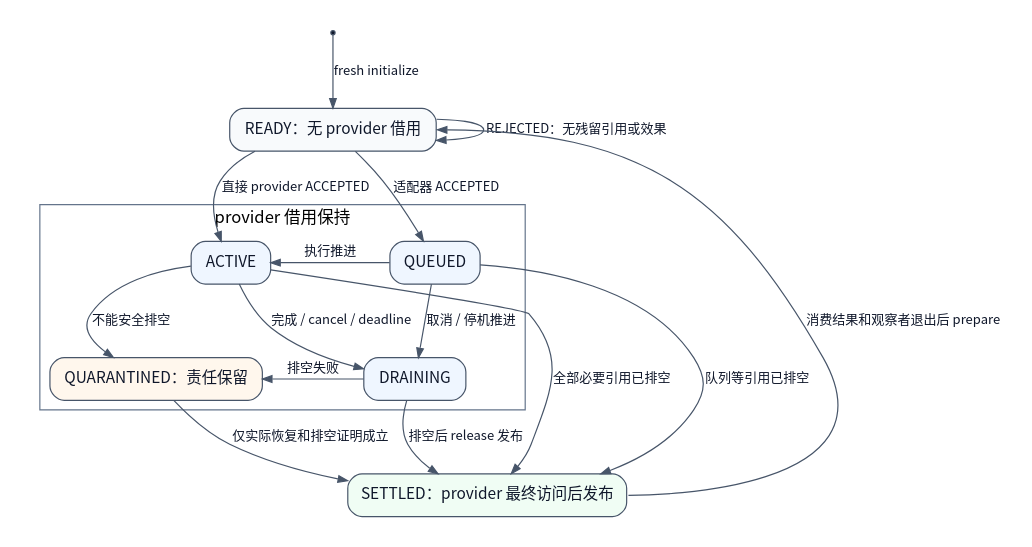
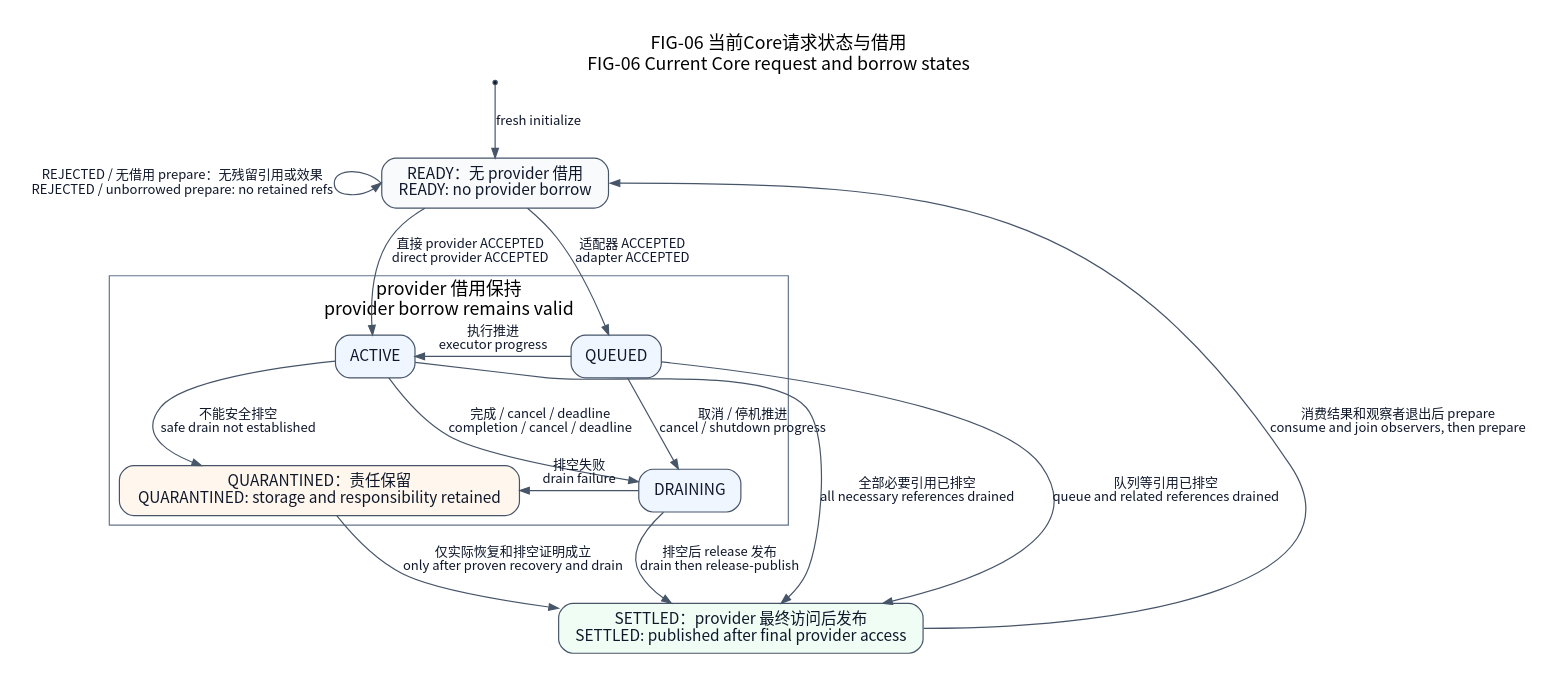
One commit to X-Gen-Lab/nexus changed the diagram in docs/assets/diagrams/request-lifecycle.dot. Above: the diagram before and after it, drawn with Graphviz. The commit also changed 169 other files, not shown here.

```diff
--- a/docs/assets/diagrams/request-lifecycle.dot
+++ b/docs/assets/diagrams/request-lifecycle.dot
@@ -1,38 +1,38 @@
 // FIG-06 current: Core request helper transitions and ownership conditions.
-// Code basis: 929a3bd684152fc3d49717bbd51497f554e5e8d5.
+// Code basis: 0111c8d3b9c7b37d258b9c401070305b13b6f3a1.
 // REJECTED and ACCEPTED are admission results, not request enum states.
 digraph requestLifecycle {
-    graph [rankdir=TB, bgcolor="white", pad=0.25, nodesep=0.55, ranksep=0.70];
+    graph [label="FIG-06 当前Core请求状态与借用\nFIG-06 Current Core request and borrow states", fontname="Noto Sans CJK SC", fontsize=15, labelloc=t, rankdir=TB, bgcolor="white", pad=0.25, nodesep=0.55, ranksep=0.70];
     node [shape=box, style="rounded,filled", fillcolor="#eff6ff",
           color="#475569", fontcolor="#0f172a", fontname="Noto Sans CJK SC",
           fontsize=13, margin="0.16,0.10"];
     edge [color="#475569", fontcolor="#0f172a",
           fontname="Noto Sans CJK SC", fontsize=11, arrowsize=0.8];
     fresh [shape=point, label="", fillcolor="#0f172a"];
-    ready [label="READY：无 provider 借用", fillcolor="#f8fafc"];
-    settled [label="SETTLED：provider 最终访问后发布", fillcolor="#f0fdf4"];
+    ready [label="READY：无 provider 借用\nREADY: no provider borrow", fillcolor="#f8fafc"];
+    settled [label="SETTLED：provider 最终访问后发布\nSETTLED: published after final provider access", fillcolor="#f0fdf4"];
     subgraph clusterBorrowed {
-        label="provider 借用保持"; color="#64748b"; fontname="Noto Sans CJK SC";
+        label="provider 借用保持\nprovider borrow remains valid"; color="#64748b"; fontname="Noto Sans CJK SC";
         queued [label="QUEUED"];
         active [label="ACTIVE"];
         draining [label="DRAINING"];
-        quarantined [label="QUARANTINED：责任保留", fillcolor="#fff7ed"];
+        quarantined [label="QUARANTINED：责任保留\nQUARANTINED: storage and responsibility retained", fillcolor="#fff7ed"];
         { rank=same; queued; active; }
         { rank=same; draining; quarantined; }
     }
     fresh -> ready [label="fresh initialize"];
-    ready -> ready [label="REJECTED：无残留引用或效果"];
-    ready -> queued [label="适配器 ACCEPTED"];
-    ready -> active [label="直接 provider ACCEPTED"];
-    queued -> active [label="执行推进", constraint=false];
-    queued -> draining [label="取消 / 停机推进"];
-    active -> draining [label="完成 / cancel / deadline"];
-    active -> quarantined [label="不能安全排空"];
-    draining -> quarantined [label="排空失败", constraint=false];
-    queued -> settled [label="队列等引用已排空"];
-    active -> settled [label="全部必要引用已排空"];
-    draining -> settled [label="排空后 release 发布"];
-    quarantined -> settled [label="仅实际恢复和排空证明成立"];
-    settled:e -> ready:e [label="消费结果和观察者退出后 prepare",
+    ready:w -> ready:w [label="REJECTED / 无借用 prepare：无残留引用或效果\nREJECTED / unborrowed prepare: no retained refs"];
+    ready -> queued [label="适配器 ACCEPTED\nadapter ACCEPTED"];
+    ready -> active [label="直接 provider ACCEPTED\ndirect provider ACCEPTED"];
+    queued -> active [label="执行推进\nexecutor progress", constraint=false];
+    queued -> draining [label="取消 / 停机推进\ncancel / shutdown progress"];
+    active -> draining [label="完成 / cancel / deadline\ncompletion / cancel / deadline"];
+    active -> quarantined [label="不能安全排空\nsafe drain not established"];
+    draining -> quarantined [label="排空失败\ndrain failure", constraint=false];
+    queued -> settled [label="队列等引用已排空\nqueue and related references drained"];
+    active -> settled [label="全部必要引用已排空\nall necessary references drained"];
+    draining -> settled [label="排空后 release 发布\ndrain then release-publish"];
+    quarantined -> settled [label="仅实际恢复和排空证明成立\nonly after proven recovery and drain"];
+    settled:e -> ready:e [label="消费结果和观察者退出后 prepare\nconsume and join observers, then prepare",
                           constraint=false];
 }
```
